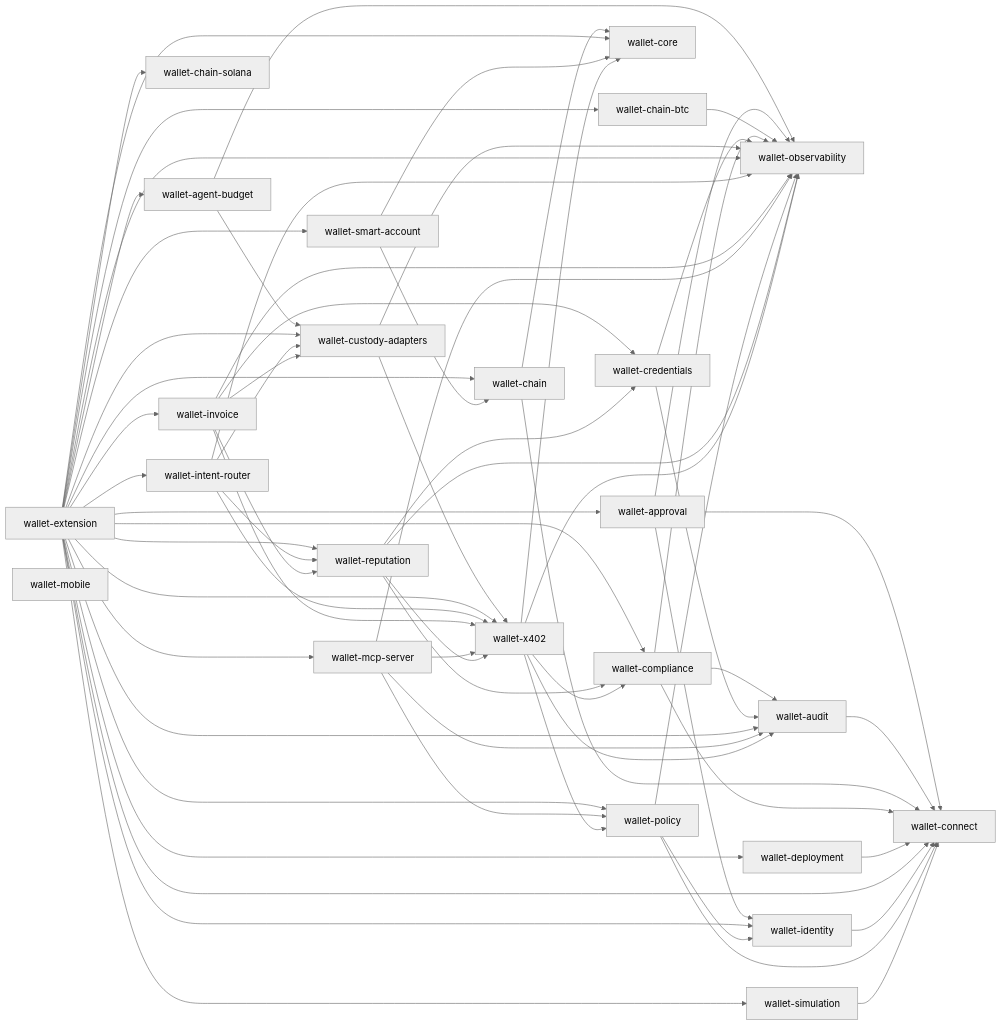
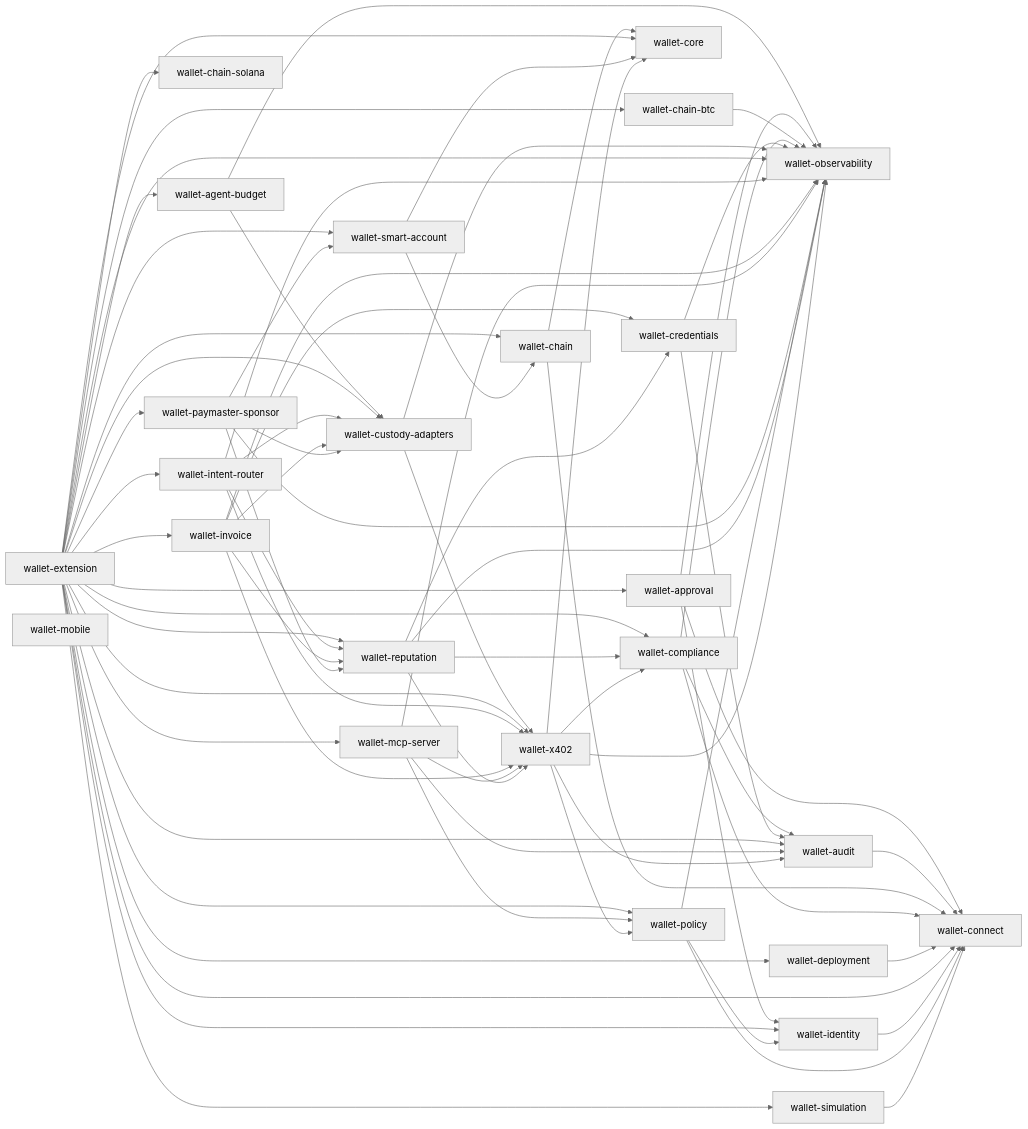
Before and after one commit to aethelred-foundation/wallet: the diagram in reports/workspace-deps.mmd, drawn with Mermaid (neutral theme). The commit also changed 16 other files, not shown here.

First line of the commit message:
feat(paymaster-sponsor): USDC gas sponsorship for ERC-4337 UserOperations (#58)

```diff
--- a/reports/workspace-deps.mmd
+++ b/reports/workspace-deps.mmd
@@ -1,73 +1,78 @@
 flowchart LR
   wallet-agent-budget --> wallet-custody-adapters
   wallet-agent-budget --> wallet-observability
   wallet-approval --> wallet-connect
   wallet-approval --> wallet-identity
   wallet-approval --> wallet-observability
   wallet-audit --> wallet-connect
   wallet-chain --> wallet-connect
   wallet-chain --> wallet-core
   wallet-chain-btc --> wallet-observability
   wallet-chain-solana
   wallet-compliance --> wallet-audit
   wallet-compliance --> wallet-connect
   wallet-compliance --> wallet-observability
   wallet-connect
   wallet-core
   wallet-credentials --> wallet-audit
   wallet-credentials --> wallet-observability
   wallet-custody-adapters --> wallet-observability
   wallet-custody-adapters --> wallet-x402
   wallet-deployment --> wallet-connect
   wallet-extension --> wallet-agent-budget
   wallet-extension --> wallet-approval
   wallet-extension --> wallet-audit
   wallet-extension --> wallet-chain
   wallet-extension --> wallet-chain-btc
   wallet-extension --> wallet-chain-solana
   wallet-extension --> wallet-compliance
   wallet-extension --> wallet-connect
   wallet-extension --> wallet-core
   wallet-extension --> wallet-custody-adapters
   wallet-extension --> wallet-deployment
   wallet-extension --> wallet-identity
   wallet-extension --> wallet-intent-router
   wallet-extension --> wallet-invoice
   wallet-extension --> wallet-mcp-server
   wallet-extension --> wallet-observability
+  wallet-extension --> wallet-paymaster-sponsor
   wallet-extension --> wallet-policy
   wallet-extension --> wallet-reputation
   wallet-extension --> wallet-simulation
   wallet-extension --> wallet-smart-account
   wallet-extension --> wallet-x402
   wallet-identity --> wallet-connect
   wallet-intent-router --> wallet-custody-adapters
   wallet-intent-router --> wallet-observability
   wallet-intent-router --> wallet-reputation
   wallet-intent-router --> wallet-x402
   wallet-invoice --> wallet-credentials
   wallet-invoice --> wallet-custody-adapters
   wallet-invoice --> wallet-observability
   wallet-invoice --> wallet-reputation
   wallet-invoice --> wallet-x402
   wallet-mcp-server --> wallet-audit
   wallet-mcp-server --> wallet-observability
   wallet-mcp-server --> wallet-policy
   wallet-mcp-server --> wallet-x402
   wallet-mobile
   wallet-observability
+  wallet-paymaster-sponsor --> wallet-custody-adapters
+  wallet-paymaster-sponsor --> wallet-observability
+  wallet-paymaster-sponsor --> wallet-reputation
+  wallet-paymaster-sponsor --> wallet-smart-account
   wallet-policy --> wallet-connect
   wallet-policy --> wallet-identity
   wallet-policy --> wallet-observability
   wallet-reputation --> wallet-compliance
   wallet-reputation --> wallet-credentials
   wallet-reputation --> wallet-observability
   wallet-reputation --> wallet-x402
   wallet-simulation --> wallet-connect
   wallet-smart-account --> wallet-chain
   wallet-smart-account --> wallet-core
   wallet-x402 --> wallet-audit
   wallet-x402 --> wallet-compliance
   wallet-x402 --> wallet-core
   wallet-x402 --> wallet-observability
   wallet-x402 --> wallet-policy
```
